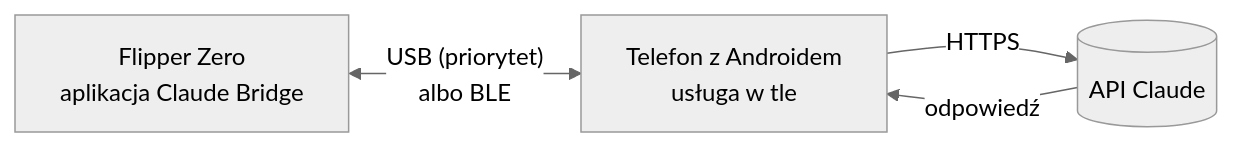
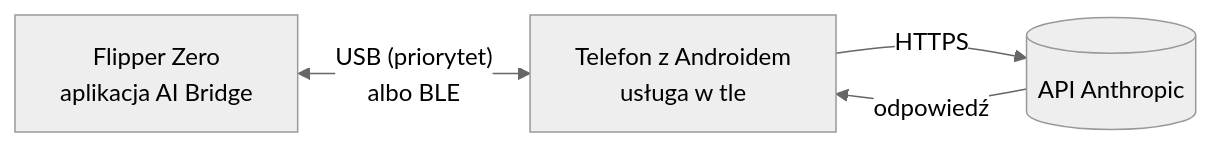
The first of 5 diagrams in README.pl.md (Nahida4479/Flipper-AI-Bridge), drawn with Mermaid (neutral theme) before and after one commit. The commit also changed other lines of this file and 28 other files, not shown here.

First line of the commit message:
Rename project to Flipper AI Bridge (app, package, files, release assets)

````diff
--- a/README.pl.md
+++ b/README.pl.md
@@ -19,6 +19,6 @@
 ```mermaid
 flowchart LR
-    F["Flipper Zero<br/>aplikacja Claude Bridge"] <-->|"USB (priorytet)<br/>albo BLE"| P["Telefon z Androidem<br/>usługa w tle"]
-    P -->|HTTPS| A[("API Claude")]
+    F["Flipper Zero<br/>aplikacja AI Bridge"] <-->|"USB (priorytet)<br/>albo BLE"| P["Telefon z Androidem<br/>usługa w tle"]
+    P -->|HTTPS| A[("API Anthropic")]
     A -->|odpowiedź| P
 ```
````
